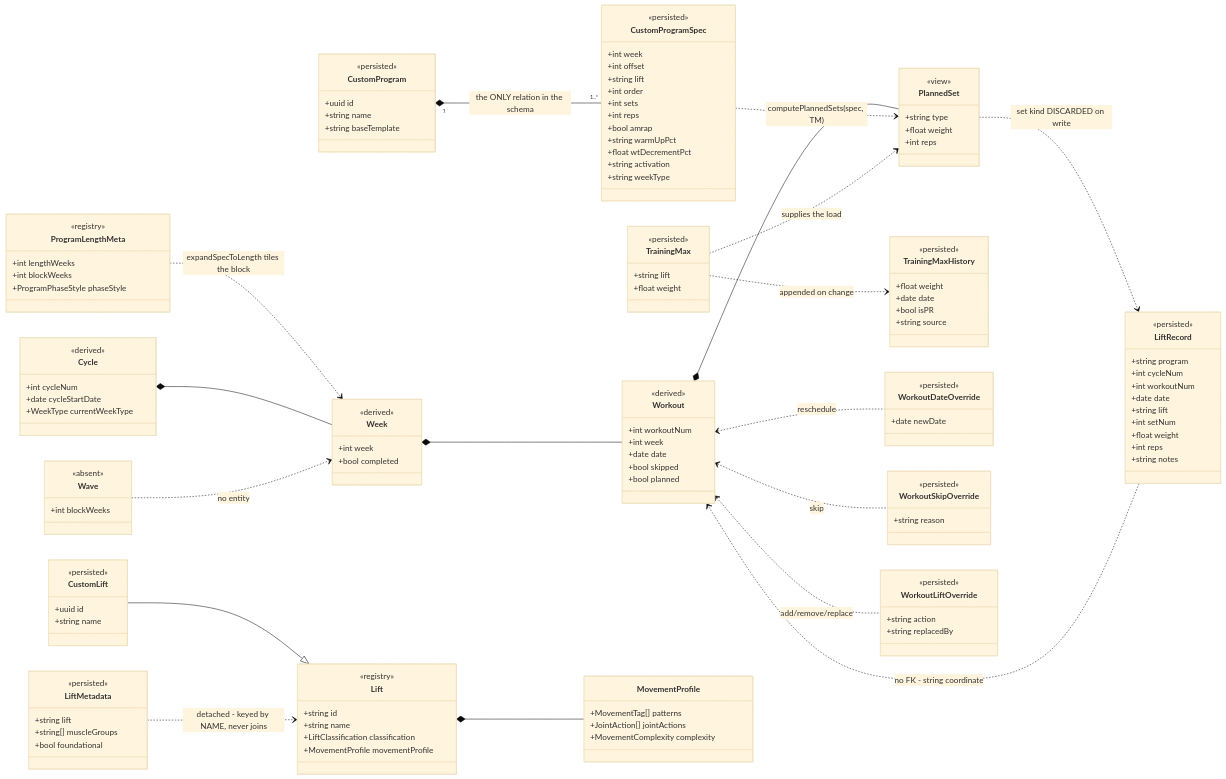
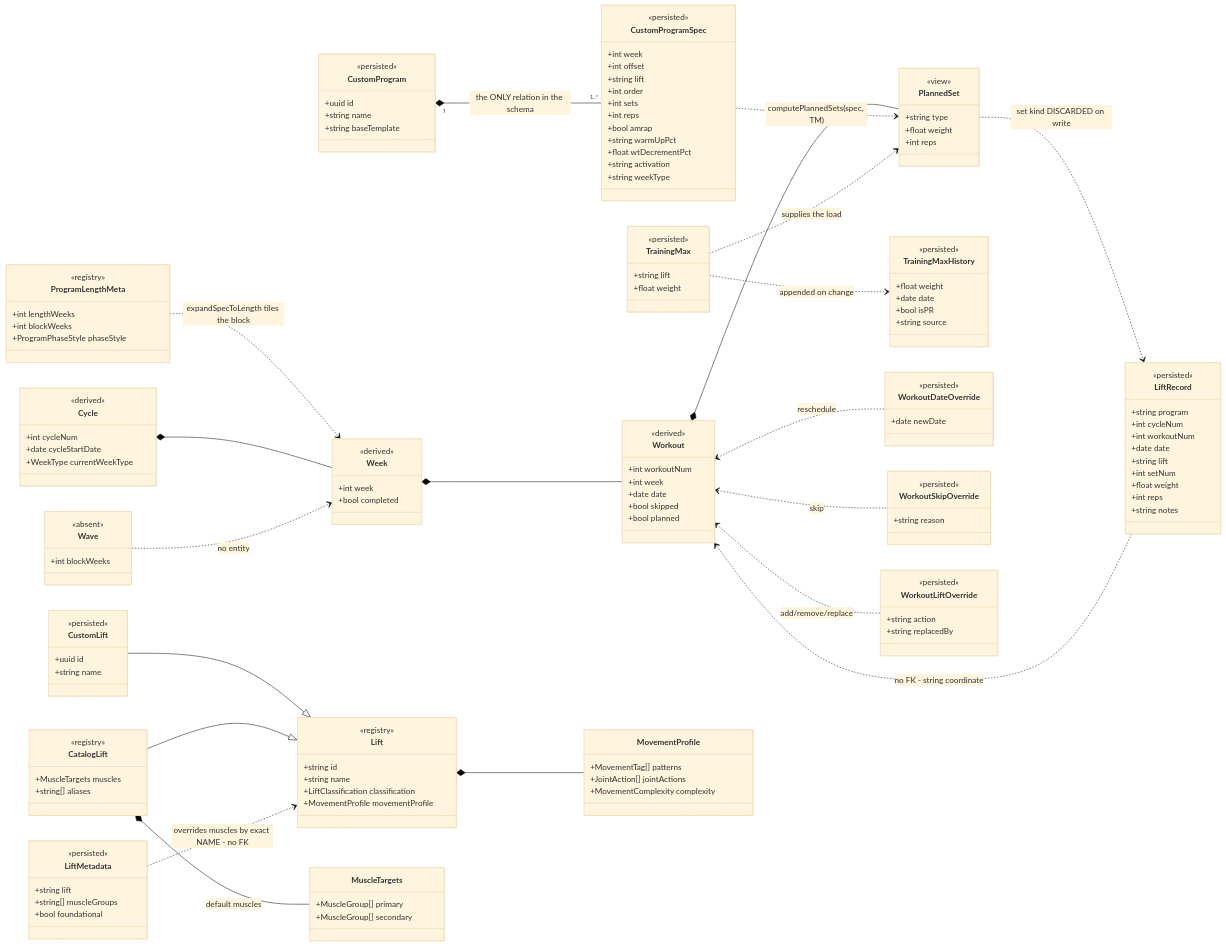
Before and after one commit to merickvaughn/lifting-logbook: the diagram in docs/domain-model.md, drawn with Mermaid (base theme). The commit also changed other lines of this file and 19 other files, not shown here.

First line of the commit message:
[feat] Muscle-group defaults, torso-relative pattern fixes and weekly set counters in core (#1021)

````diff
--- a/docs/domain-model.md
+++ b/docs/domain-model.md
@@ -346,6 +388,15 @@
         +uuid id
         +string name
     }
+    class CatalogLift {
+        <<registry>>
+        +MuscleTargets muscles
+        +string[] aliases
+    }
+    class MuscleTargets {
+        +MuscleGroup[] primary
+        +MuscleGroup[] secondary
+    }
     class LiftMetadata {
         <<persisted>>
         +string lift
@@ -368,6 +419,8 @@
     Workout <.. WorkoutLiftOverride : add/remove/replace
     Lift *-- MovementProfile
     CustomLift --|> Lift
-    LiftMetadata ..> Lift : detached - keyed by NAME, never joins
+    CatalogLift --|> Lift
+    CatalogLift *-- MuscleTargets : default muscles
+    LiftMetadata ..> Lift : overrides muscles by exact NAME - no FK
     TrainingMax ..> TrainingMaxHistory : appended on change
 ```
````
